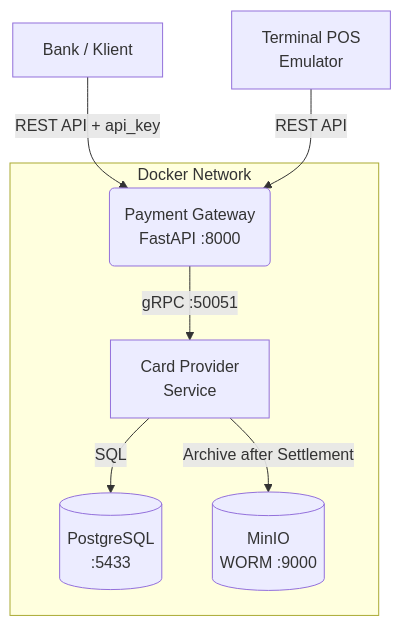
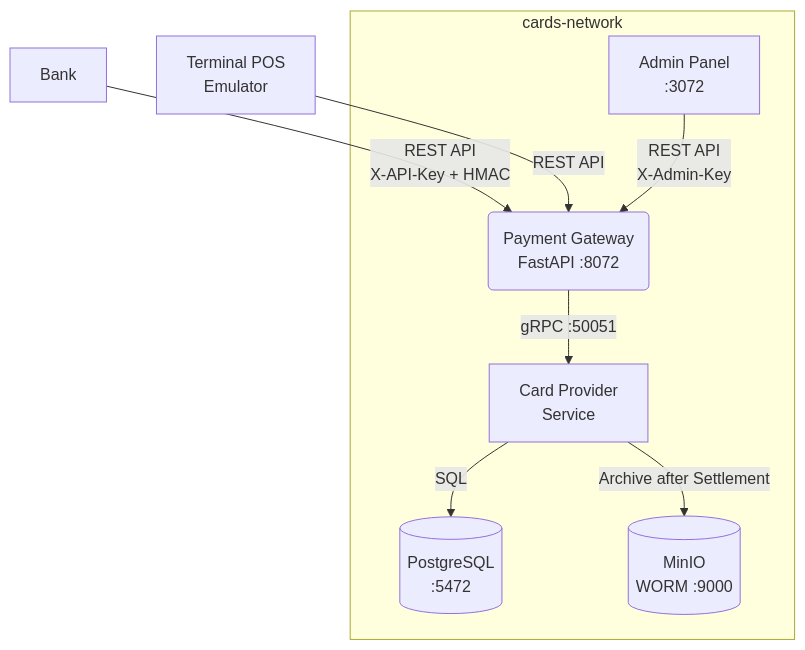
Before and after one commit to FilipSl3/Karty-Platnicze-Aplikacje-Biznesowe: the first of 6 diagrams in README.md, drawn with Mermaid. The commit also changed other lines of this file and 13 other files, not shown here.

````diff
--- a/README.md
+++ b/README.md
@@ -47,15 +52,17 @@
 ```mermaid
 graph TD
-    BANK[Bank / Klient] -->|REST API + api_key| GW(Payment Gateway\nFastAPI :8000)
+    BANK[Bank] -->|REST API\nX-API-Key + HMAC| GW(Payment Gateway\nFastAPI :8072)
     TERMINAL[Terminal POS\nEmulator] -->|REST API| GW
+    ADMIN[Admin Panel\n:3072] -->|REST API\nX-Admin-Key| GW
     GW -->|gRPC :50051| CP[Card Provider\nService]
-    CP -->|SQL| DB[(PostgreSQL\n:5433)]
+    CP -->|SQL| DB[(PostgreSQL\n:5472)]
     CP -->|Archive after Settlement| MINIO[(MinIO\nWORM :9000)]
 
-    subgraph Docker Network
+    subgraph cards-network
         GW
         CP
         DB
         MINIO
+        ADMIN
     end
 ```
````
